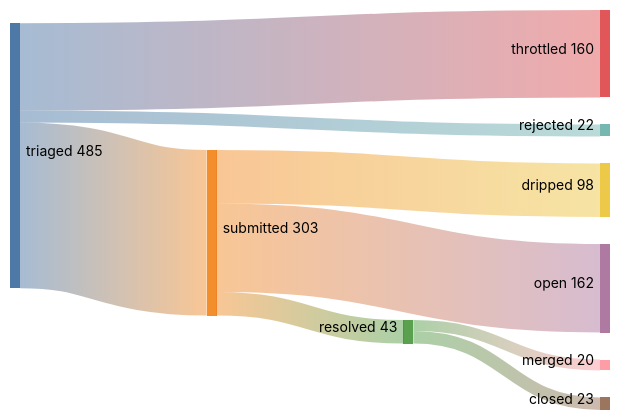
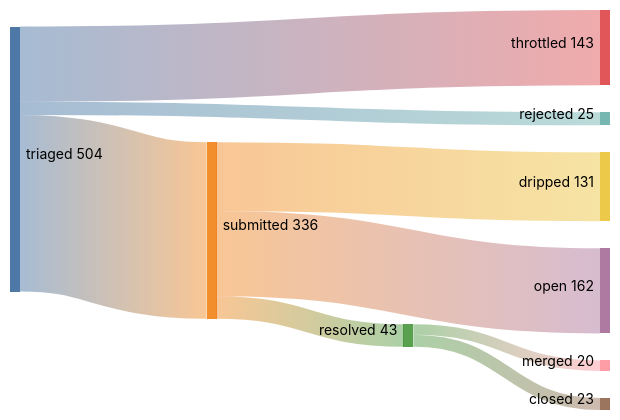
The first of 2 diagrams in README.md (kimjune01/kimjune01), drawn with Mermaid (neutral theme) before and after one commit. The commit also changed other lines of this file and 1 other file, not shown here.

Commit message:
stats: 20/43 = 46% (08:36 UTC)

````diff
--- a/README.md
+++ b/README.md
@@ -3,11 +3,11 @@
 ```mermaid
 sankey-beta
-    triaged,    submitted, 303
-    triaged,    throttled, 160
-    triaged,    rejected,  22
+    triaged,    submitted, 336
+    triaged,    throttled, 143
+    triaged,    rejected,  25
     submitted,  resolved,  43
-    submitted,  dripped,   98
+    submitted,  dripped,   131
     submitted,  open,      162
     resolved,   merged,    20
     resolved,   closed,    23
 ```
````
